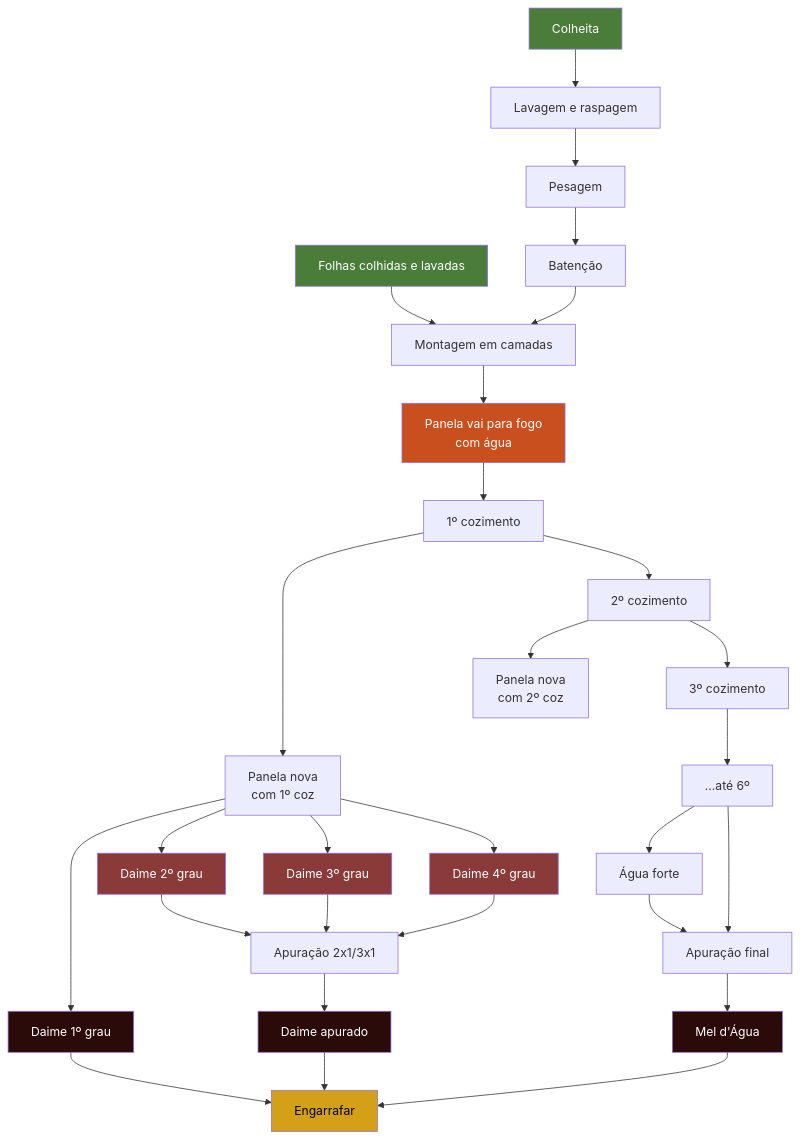
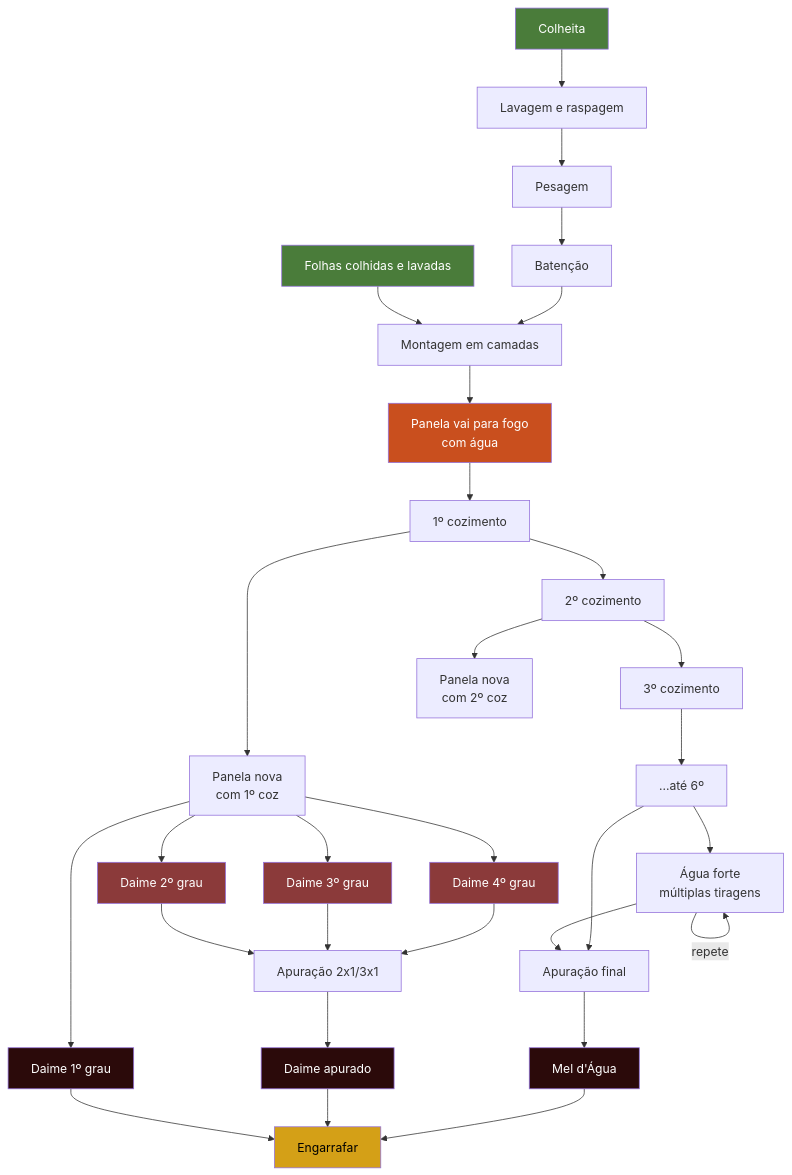
Diagram 15 of 15 in projeto/tutorial-producao-daime.md (nitaibezerra/gestao-feitio), drawn with Mermaid before and after one commit. The commit also changed other lines of this file and 2 other files, not shown here.

````diff
--- a/projeto/tutorial-producao-daime.md
+++ b/projeto/tutorial-producao-daime.md
@@ -564,41 +593,42 @@
 ```mermaid
 flowchart TD
     CO[Colheita] --> LIMP[Lavagem e raspagem]
     LIMP --> PES[Pesagem]
     PES --> BAT[Batenção]
     FO[Folhas colhidas e lavadas] --> MONT
     BAT --> MONT[Montagem em camadas]
     MONT --> FOGO[Panela vai para fogo<br/>com água]
 
     FOGO --> TC1[1º cozimento]
     TC1 --> TC2[2º cozimento]
     TC2 --> TC3[3º cozimento]
     TC3 --> TCN[...até 6º]
-    TCN --> AF[Água forte]
+    TCN --> AF[Água forte<br/>múltiplas tiragens]
+    AF -->|repete| AF
 
     TC1 --> PN1[Panela nova<br/>com 1º coz]
     TC2 --> PN2[Panela nova<br/>com 2º coz]
     PN1 --> G1[Daime 1º grau]:::daime
     PN1 --> G2[Daime 2º grau]:::apu
     PN1 --> G3[Daime 3º grau]:::apu
     PN1 --> G4[Daime 4º grau]:::apu
     G2 --> APU[Apuração 2x1/3x1]
     G3 --> APU
     G4 --> APU
     APU --> DAPU[Daime apurado]:::daime
 
     AF --> MELF[Apuração final]
     TCN --> MELF
     MELF --> MEL[Mel d'Água]:::daime
 
     G1 --> LITRO[Engarrafar]
     DAPU --> LITRO
     MEL --> LITRO
 
     classDef daime fill:#2b0a0a,color:#fff
     classDef apu fill:#8b3a3a,color:#fff
     style CO fill:#4a7c3a,color:#fff
     style FO fill:#4a7c3a,color:#fff
     style FOGO fill:#c94f1e,color:#fff
     style LITRO fill:#d4a017,color:#000
 ```
````
